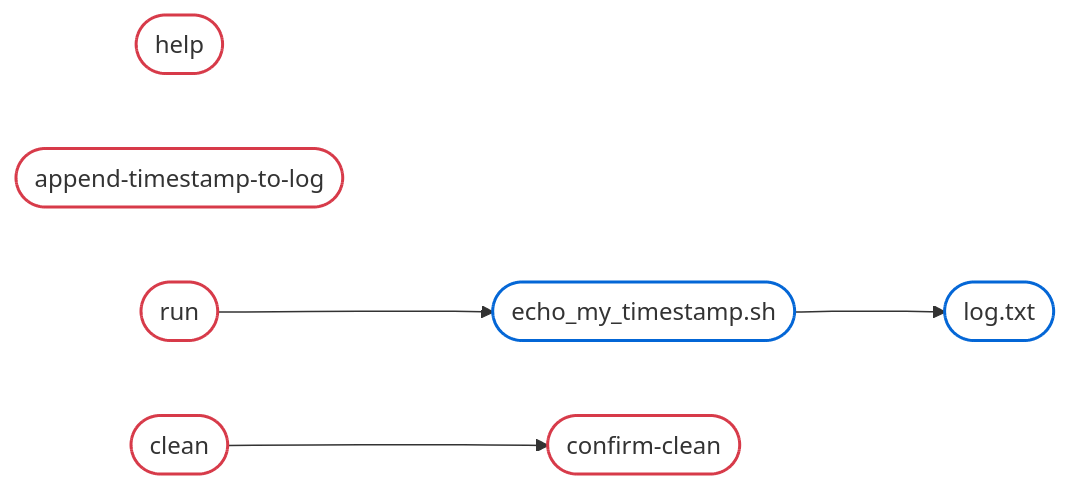
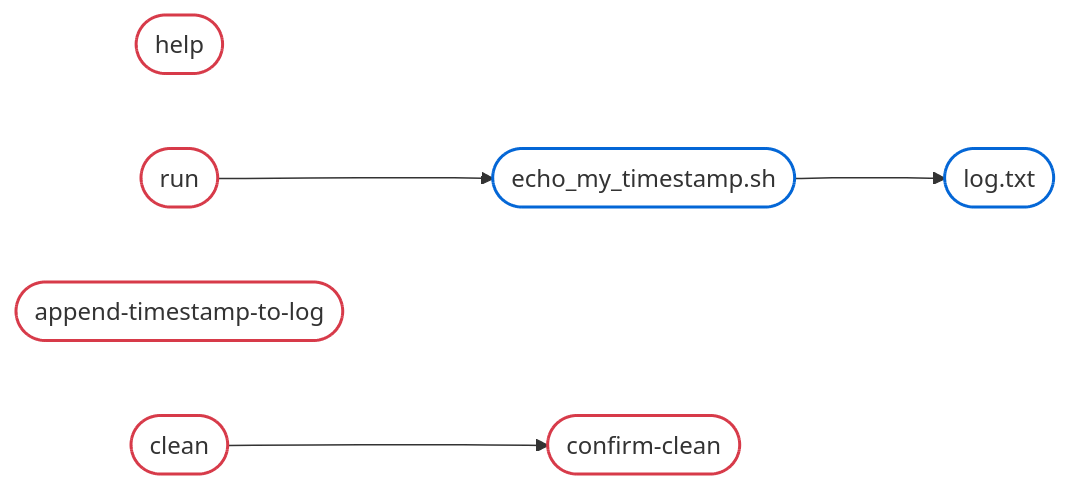
The diagram in README.md (lorenzogentile404/make-sandbox), drawn with Mermaid before and after one commit.

Commit message:
Fix formatting of dependency graph in README

````diff
--- a/README.md
+++ b/README.md
@@ -11,16 +11,15 @@
 ```mermaid
 graph LR
     %% Elements using stadium shapes for max readability
-    help([help])
-    append([append-timestamp-to-log])
-    
+    help([help])   
     run([run]) ---> echo([echo_my_timestamp.sh])
     echo ---> log([log.txt])
+    append([append-timestamp-to-log])
     clean([clean]) ---> confirm([confirm-clean])
 
     classDef phony fill:transparent,stroke:#d73a49,stroke-width:2px;
     classDef file fill:transparent,stroke:#0366d6,stroke-width:2px;
 
     class help,run,append,clean,confirm phony;
     class echo,log file;
 ```
````
